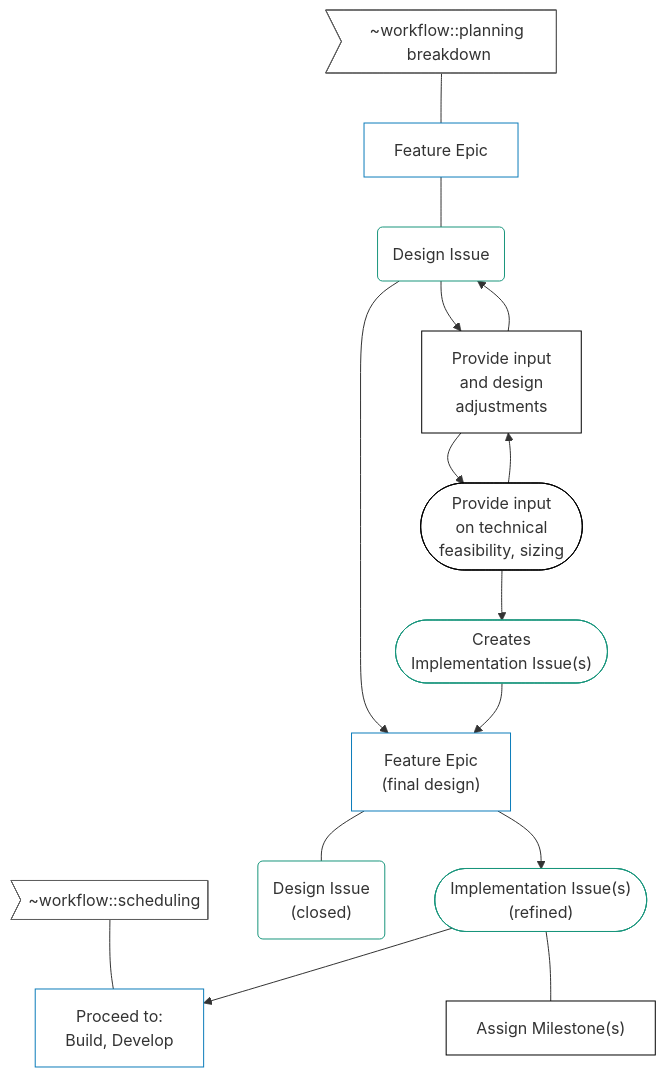
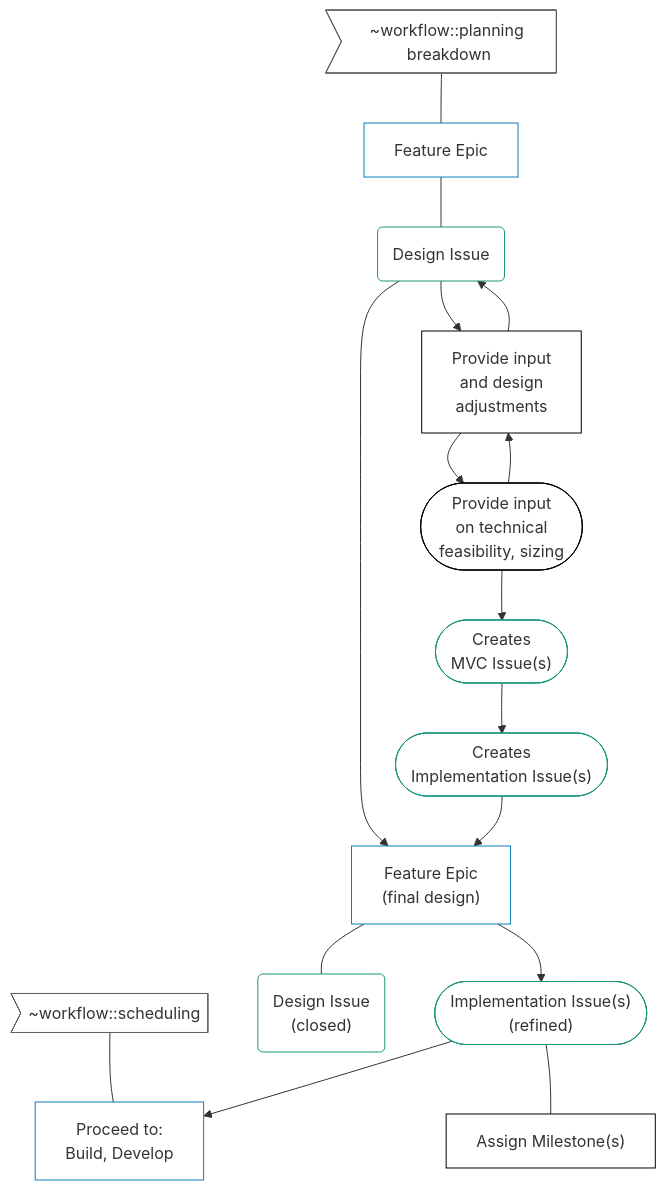
One commit to secretstartups/handbook changed the eighth of 11 diagrams in development/threat-management/planning/diagram.html.md. Above: the diagram before and after it, drawn with Mermaid. The commit also changed other lines of this file and 1 other file, not shown here.

````diff
--- a/development/threat-management/planning/diagram.html.md
+++ b/development/threat-management/planning/diagram.html.md
@@ -199,38 +199,39 @@
 ```mermaid
 graph TD
 
   %% build p1
   L1>"~workflow::planning breakdown"]
   L2>"~workflow::scheduling"]
   A0[Feature Epic]
   A1(Design Issue)
   A2[Provide input<br>and design<br>adjustments]
   A3([Provide input<br>on technical<br>feasibility, sizing])
+  A4a(["Creates<br>MVC Issue(s)"])
   A4(["Creates<br>Implementation Issue(s)"])
   A5["Feature Epic<br>(final design)"]
   A6("Design Issue<br>(closed)")
   A7(["Implementation Issue(s)<br>(refined)"])
   A8["Assign Milestone(s)"]
   A9[Proceed to:<br>Build, Develop]
   L1 --- A0
   L2 --- A9
   A0 --- A1
   A1 --> A5
   A1 --> A2 --> A1
   A2 --> A3 --> A2
-  A3 --> A4 --> A5 --- A6
+  A3 --> A4a --> A4 --> A5 --- A6
   A5 --> A7 --> A9
   A7 --- A8
 
   classDef idea fill:#ffffff,stroke:#19957C;
-  class A1,A4,A6,A7 idea
+  class A1,A4a,A4,A6,A7 idea
 
   classDef feature fill:#ffffff,stroke:#0C7CBA;
   class A0,A5,A9,A9b feature
 
   classDef plain fill:#ffffff,stroke:#000000;
   class A2,A3,A8,A10 plain
 
   classDef label fill:#ffffff,stroke:#606060;
   class L1,L2 label
 ```
````
